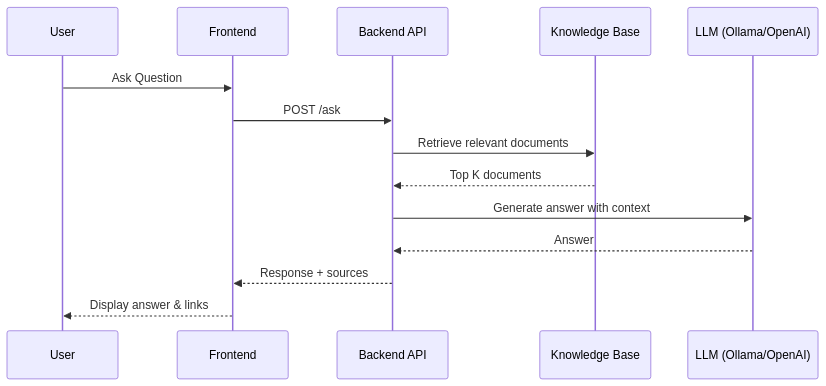
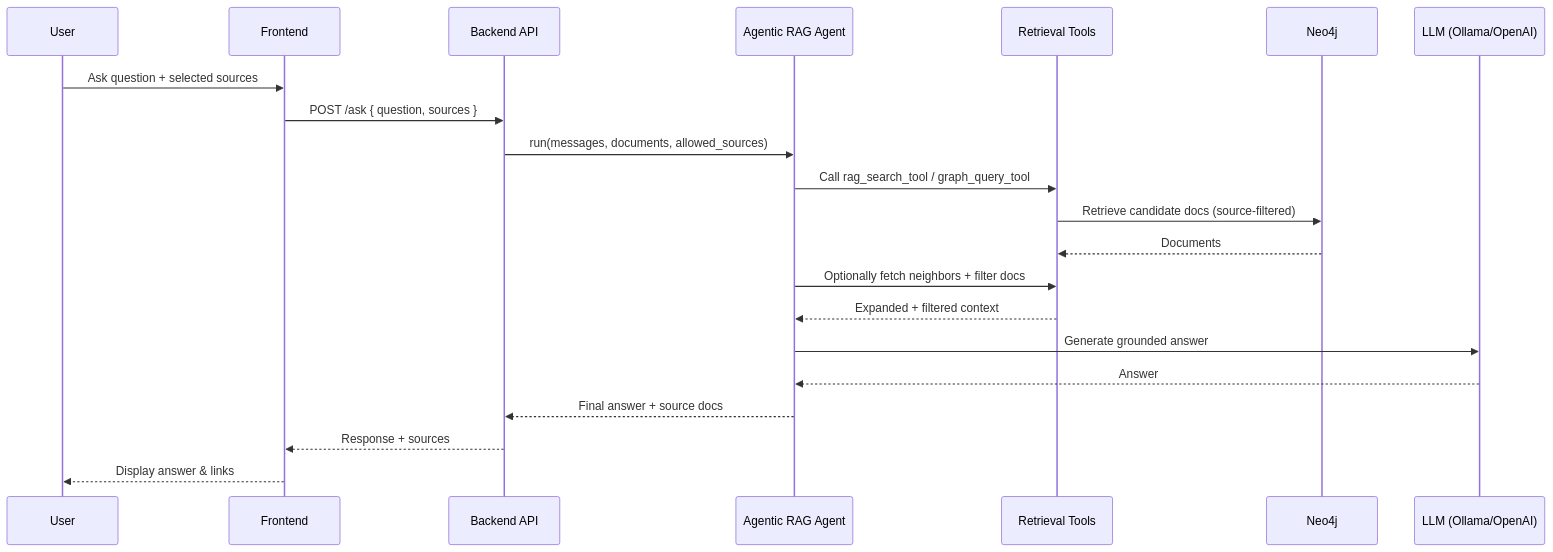
One commit to TrisNol/project-kraken changed the second of 2 diagrams in docs/README.md. Above: the diagram before and after it, drawn with Mermaid. The commit also changed other lines of this file and 2 other files, not shown here.

````diff
--- a/docs/README.md
+++ b/docs/README.md
@@ -55,17 +80,24 @@
 ```mermaid
 sequenceDiagram
     participant User
     participant UI as Frontend
     participant API as Backend API
-    participant KB as Knowledge Base
+    participant Agent as Agentic RAG Agent
+    participant Tools as Retrieval Tools
+    participant Neo4j as Neo4j
     participant LLM as LLM (Ollama/OpenAI)
     
-    User->>UI: Ask Question
-    UI->>API: POST /ask
-    API->>KB: Retrieve relevant documents
-    KB-->>API: Top K documents
-    API->>LLM: Generate answer with context
-    LLM-->>API: Answer
+    User->>UI: Ask question + selected sources
+    UI->>API: POST /ask { question, sources }
+    API->>Agent: run(messages, documents, allowed_sources)
+    Agent->>Tools: Call rag_search_tool / graph_query_tool
+    Tools->>Neo4j: Retrieve candidate docs (source-filtered)
+    Neo4j-->>Tools: Documents
+    Agent->>Tools: Optionally fetch neighbors + filter docs
+    Tools-->>Agent: Expanded + filtered context
+    Agent->>LLM: Generate grounded answer
+    LLM-->>Agent: Answer
+    Agent-->>API: Final answer + source docs
     API-->>UI: Response + sources
     UI-->>User: Display answer & links
 ```
````
